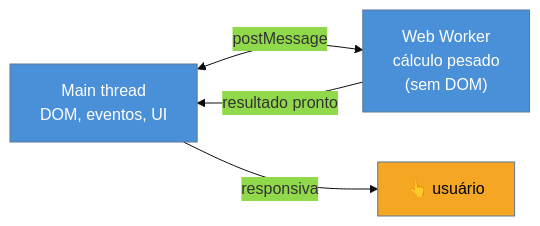
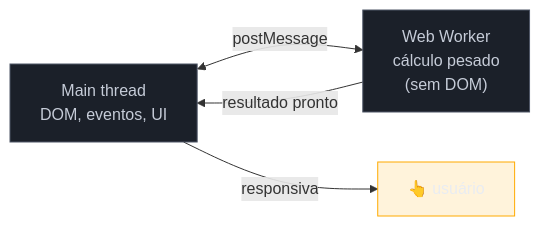
The first of 2 diagrams in 03-Dominios/Tecnologia/Web Performance/Performance de Runtime e Rendering/08 - Offload, Web Workers e o custo da hidratação.md (josenaldo/codex-technomanticus), drawn with Mermaid before and after one commit. The commit also changed other lines of this file and 1181 other files, not shown here.

First line of the commit message:
fix(diagramas): paleta do sistema no lugar de cor cravada no markdown

````diff
--- a/03-Dominios/Tecnologia/Web Performance/Performance de Runtime e Rendering/08 - Offload, Web Workers e o custo da hidratação.md
+++ b/03-Dominios/Tecnologia/Web Performance/Performance de Runtime e Rendering/08 - Offload, Web Workers e o custo da hidratação.md
@@ -31,10 +31,11 @@
 ```mermaid
-%%{init: {"theme": "base", "themeVariables": {"primaryColor": "#4A90D9"}}}%%
 graph LR
+    classDef neutro fill:#1B2029,stroke:#4E5666,color:#C6CCD8
+    classDef destaque fill:#FFAA0024,stroke:#FFAA00,color:#E9ECF2
     M["Main thread<br/>DOM, eventos, UI"] <-->|postMessage| W["Web Worker<br/>cálculo pesado<br/>(sem DOM)"]
     M -->|responsiva| U[👆 usuário]
     W -->|resultado pronto| M
-    style M fill:#4A90D9,color:#fff
-    style W fill:#4A90D9,color:#fff
-    style U fill:#F5A623,color:#000
+    class M neutro
+    class W neutro
+    class U destaque
 ```
````
